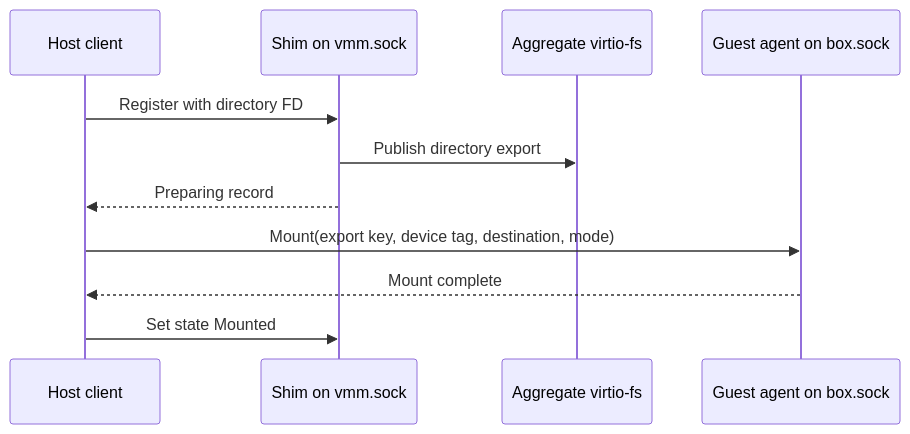
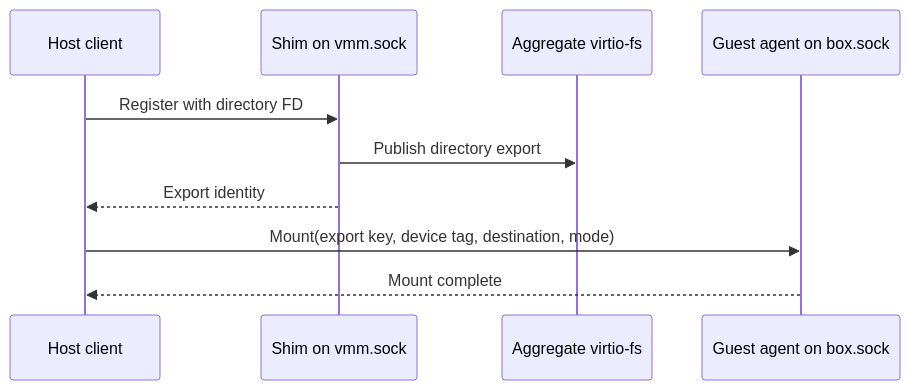
Before and after one commit to boxlite-ai/boxlite: the first of 2 diagrams in src/vmm/README.md, drawn with Mermaid. The commit also changed other lines of this file and 38 other files, not shown here.

````diff
--- a/src/vmm/README.md
+++ b/src/vmm/README.md
@@ -101,13 +101,12 @@
 ```mermaid
 sequenceDiagram
     participant Host as Host client
     participant Shim as Shim on vmm.sock
     participant FS as Aggregate virtio-fs
     participant Guest as Guest agent on box.sock
     Host->>Shim: Register with directory FD
     Shim->>FS: Publish directory export
-    Shim-->>Host: Preparing record
+    Shim-->>Host: Export identity
     Host->>Guest: Mount(export key, device tag, destination, mode)
     Guest-->>Host: Mount complete
-    Host->>Shim: Set state Mounted
 ```
````
